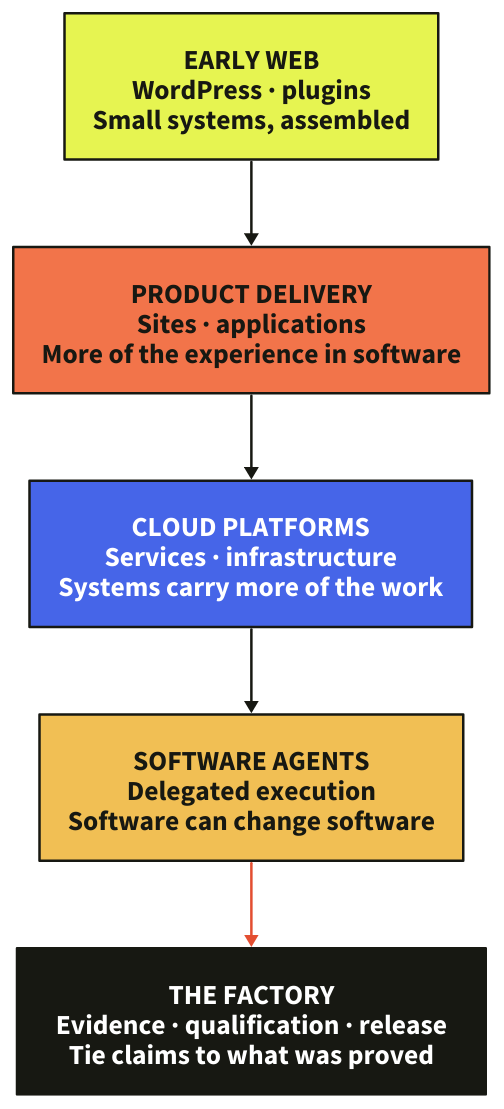
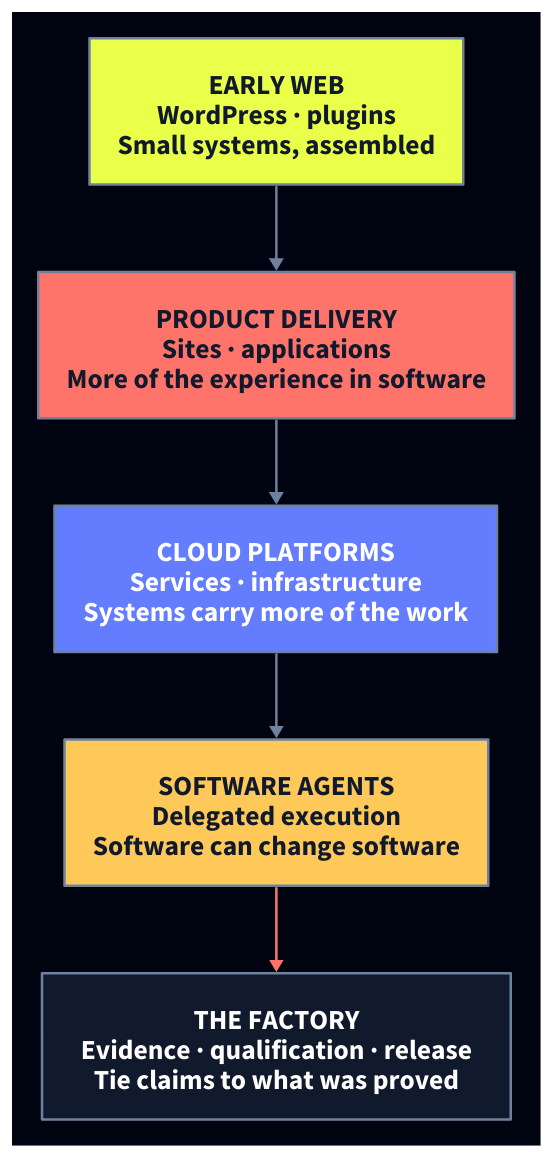
One commit to loftwah/woodhouse-new changed the diagram in diagrams/lineage-mobile.d2. Above: the diagram before and after it, drawn with D2. The commit also changed 105 other files, not shown here.

```diff
--- a/diagrams/lineage-mobile.d2
+++ b/diagrams/lineage-mobile.d2
@@ -1,13 +1,13 @@
 direction: down
-vars: {d2-config: {layout-engine: elk; theme-id: 0}}
+vars: {d2-config: {layout-engine: elk; theme-id: 201}}
 
-early: "EARLY WEB\nWordPress · plugins\nSmall systems, assembled" {style.fill: "#E6F451"; style.stroke: "#171812"; style.stroke-width: 2; style.font-color: "#171812"; style.font-size: 22; style.bold: true}
-delivery: "PRODUCT DELIVERY\nSites · applications\nMore of the experience in software" {style.fill: "#F2744A"; style.stroke: "#171812"; style.stroke-width: 2; style.font-color: "#171812"; style.font-size: 22; style.bold: true}
-platform: "CLOUD PLATFORMS\nServices · infrastructure\nSystems carry more of the work" {style.fill: "#4665E8"; style.stroke: "#171812"; style.stroke-width: 2; style.font-color: "#FFFFFF"; style.font-size: 22; style.bold: true}
-agents: "SOFTWARE AGENTS\nDelegated execution\nSoftware can change software" {style.fill: "#F1BF54"; style.stroke: "#171812"; style.stroke-width: 2; style.font-color: "#171812"; style.font-size: 22; style.bold: true}
-factory: "THE FACTORY\nEvidence · qualification · release\nTie claims to what was proved" {style.fill: "#171812"; style.stroke: "#171812"; style.stroke-width: 2; style.font-color: "#FFFFFF"; style.font-size: 22; style.bold: true}
+early: "EARLY WEB\nWordPress · plugins\nSmall systems, assembled" {style.fill: "#E9FF49"; style.stroke: "#6E819F"; style.stroke-width: 2; style.font-color: "#111A2C"; style.font-size: 22; style.bold: true}
+delivery: "PRODUCT DELIVERY\nSites · applications\nMore of the experience in software" {style.fill: "#FF746A"; style.stroke: "#6E819F"; style.stroke-width: 2; style.font-color: "#111A2C"; style.font-size: 22; style.bold: true}
+platform: "CLOUD PLATFORMS\nServices · infrastructure\nSystems carry more of the work" {style.fill: "#647DFF"; style.stroke: "#6E819F"; style.stroke-width: 2; style.font-color: "#FFFFFF"; style.font-size: 22; style.bold: true}
+agents: "SOFTWARE AGENTS\nDelegated execution\nSoftware can change software" {style.fill: "#FFC95A"; style.stroke: "#6E819F"; style.stroke-width: 2; style.font-color: "#111A2C"; style.font-size: 22; style.bold: true}
+factory: "THE FACTORY\nEvidence · qualification · release\nTie claims to what was proved" {style.fill: "#111A2C"; style.stroke: "#6E819F"; style.stroke-width: 2; style.font-color: "#FFFFFF"; style.font-size: 22; style.bold: true}
 
-early -> delivery {style.stroke: "#171812"; style.stroke-width: 2; style.font-size: 14}
-delivery -> platform {style.stroke: "#171812"; style.stroke-width: 2; style.font-size: 14}
-platform -> agents {style.stroke: "#171812"; style.stroke-width: 2; style.font-size: 14}
-agents -> factory {style.stroke: "#E34E31"; style.stroke-width: 2; style.font-size: 14}
+early -> delivery {style.stroke: "#6E819F"; style.stroke-width: 2; style.font-size: 14}
+delivery -> platform {style.stroke: "#6E819F"; style.stroke-width: 2; style.font-size: 14}
+platform -> agents {style.stroke: "#6E819F"; style.stroke-width: 2; style.font-size: 14}
+agents -> factory {style.stroke: "#FF746A"; style.stroke-width: 2; style.font-size: 14}
```
